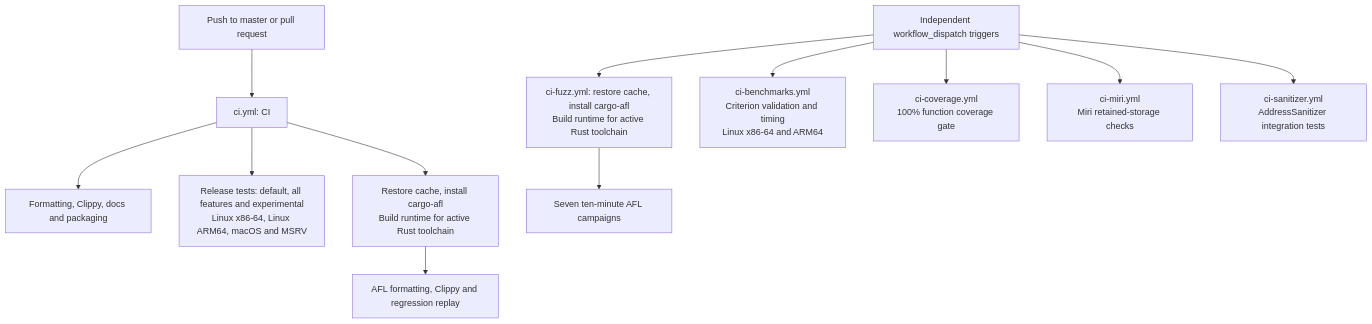
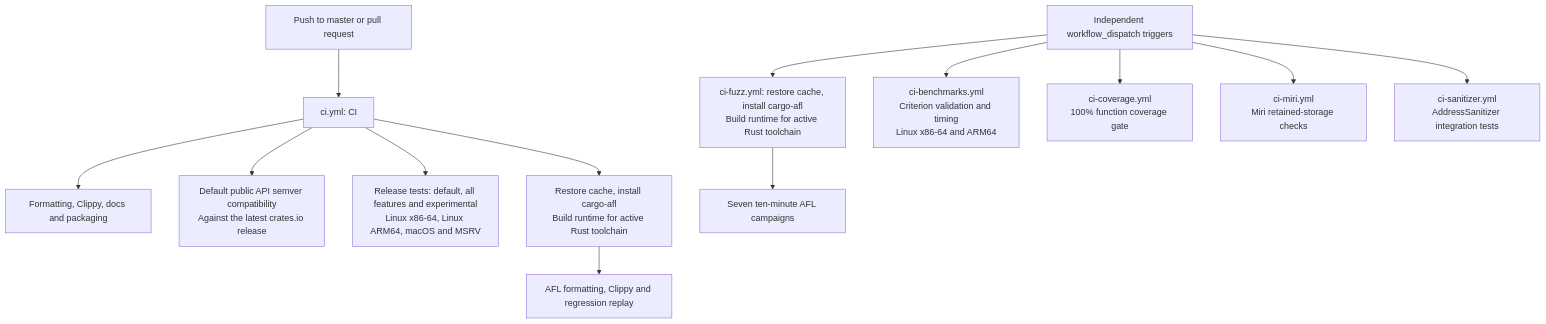
One commit to Mnwa/mbrotli changed the diagram in architecture/ci.md. Above: the diagram before and after it, drawn with Mermaid. The commit also changed other lines of this file and 2 other files, not shown here.

Commit message:
Add semver checks

````diff
--- a/architecture/ci.md
+++ b/architecture/ci.md
@@ -6,14 +6,15 @@
 ```mermaid
 flowchart TD
     automatic["Push to master or pull request"] --> fast["ci.yml: CI"]
     fast --> check["Formatting, Clippy, docs and packaging"]
+    fast --> semver["Default public API semver compatibility<br/>Against the latest crates.io release"]
     fast --> tests["Release tests: default, all features and experimental<br/>Linux x86-64, Linux ARM64, macOS and MSRV"]
     fast --> replaySetup["Restore cache, install cargo-afl<br/>Build runtime for active Rust toolchain"]
     replaySetup --> replay["AFL formatting, Clippy and regression replay"]
     manual["Independent workflow_dispatch triggers"] --> fuzzSetup["ci-fuzz.yml: restore cache, install cargo-afl<br/>Build runtime for active Rust toolchain"]
     fuzzSetup --> fuzz["Seven ten-minute AFL campaigns"]
     manual --> bench["ci-benchmarks.yml<br/>Criterion validation and timing<br/>Linux x86-64 and ARM64"]
     manual --> coverage["ci-coverage.yml<br/>100% function coverage gate"]
     manual --> miri["ci-miri.yml<br/>Miri retained-storage checks"]
     manual --> asan["ci-sanitizer.yml<br/>AddressSanitizer integration tests"]
 ```
````
